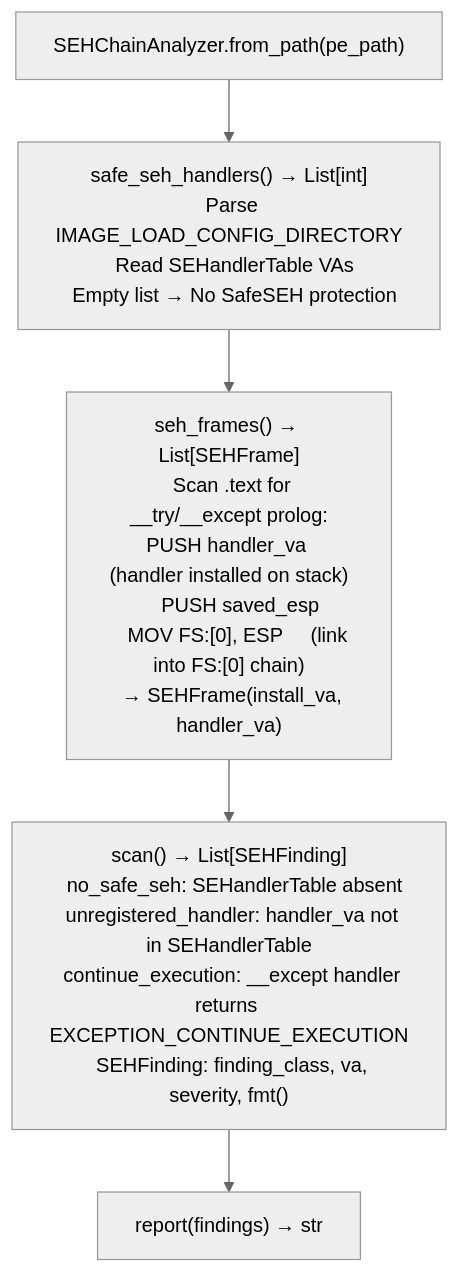
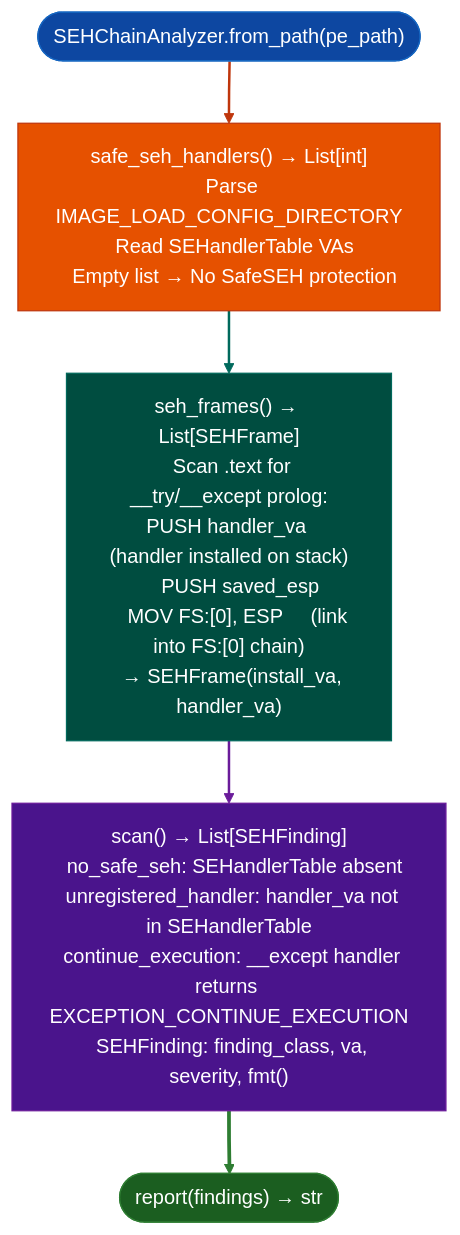
Before and after one commit to Ablation-Tool/ablation: the diagram in docs/reference-modules/windows-escalation-indicators.md, drawn with Mermaid (neutral theme). The commit also changed 320 other files, not shown here.

First line of the commit message:
docs: apply canonical Mermaid template to all 321 diagrams

````diff
--- a/docs/reference-modules/windows-escalation-indicators.md
+++ b/docs/reference-modules/windows-escalation-indicators.md
@@ -19,7 +19,17 @@
 ```mermaid
 flowchart TD
-    A["SEHChainAnalyzer.from_path(pe_path)"] --> B["safe_seh_handlers() → List[int]\n  Parse IMAGE_LOAD_CONFIG_DIRECTORY\n  Read SEHandlerTable VAs\n  Empty list → No SafeSEH protection"]
-    B --> C["seh_frames() → List[SEHFrame]\n  Scan .text for __try/__except prolog:\n    PUSH handler_va     (handler installed on stack)\n    PUSH saved_esp\n    MOV FS:[0], ESP     (link into FS:[0] chain)\n  → SEHFrame(install_va, handler_va)"]
-    C --> D["scan() → List[SEHFinding]\n  no_safe_seh: SEHandlerTable absent\n  unregistered_handler: handler_va not in SEHandlerTable\n  continue_execution: __except handler returns EXCEPTION_CONTINUE_EXECUTION\n  SEHFinding: finding_class, va, severity, fmt()"]
-    D --> E["report(findings) → str"]
+    A(["SEHChainAnalyzer.from_path(pe_path)"]):::input --> B["safe_seh_handlers() → List[int]\n  Parse IMAGE_LOAD_CONFIG_DIRECTORY\n  Read SEHandlerTable VAs\n  Empty list → No SafeSEH protection"]:::primary
+    B:::primary --> C["seh_frames() → List[SEHFrame]\n  Scan .text for __try/__except prolog:\n    PUSH handler_va     (handler installed on stack)\n    PUSH saved_esp\n    MOV FS:[0], ESP     (link into FS:[0] chain)\n  → SEHFrame(install_va, handler_va)"]:::secondary
+    C:::secondary --> D["scan() → List[SEHFinding]\n  no_safe_seh: SEHandlerTable absent\n  unregistered_handler: handler_va not in SEHandlerTable\n  continue_execution: __except handler returns EXCEPTION_CONTINUE_EXECUTION\n  SEHFinding: finding_class, va, severity, fmt()"]:::tertiary
+    D:::tertiary --> E(["report(findings) → str"]):::output
+    classDef input     fill:#0d47a1,stroke:#1565c0,color:#fff
+    classDef primary   fill:#e65100,stroke:#bf360c,color:#fff
+    classDef secondary fill:#004d40,stroke:#00695c,color:#fff
+    classDef tertiary  fill:#4a148c,stroke:#6a1b9a,color:#fff
+    classDef neutral   fill:#37474f,stroke:#546e7a,color:#fff
+    classDef output    fill:#1b5e20,stroke:#2e7d32,color:#fff
+    linkStyle 0 stroke:#bf360c,stroke-width:2px
+    linkStyle 1 stroke:#00695c,stroke-width:2px
+    linkStyle 2 stroke:#6a1b9a,stroke-width:2px
+    linkStyle 3 stroke:#2e7d32,stroke-width:3px
 ```
````
